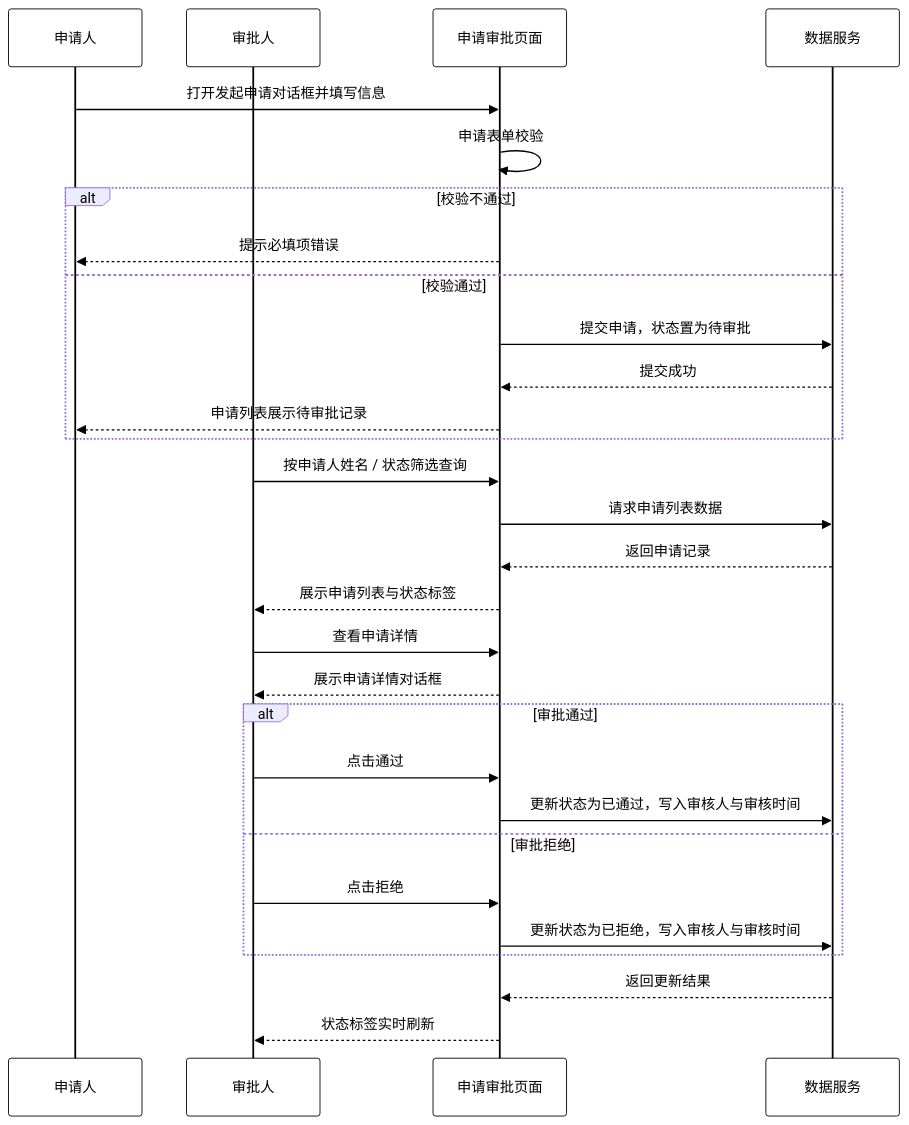
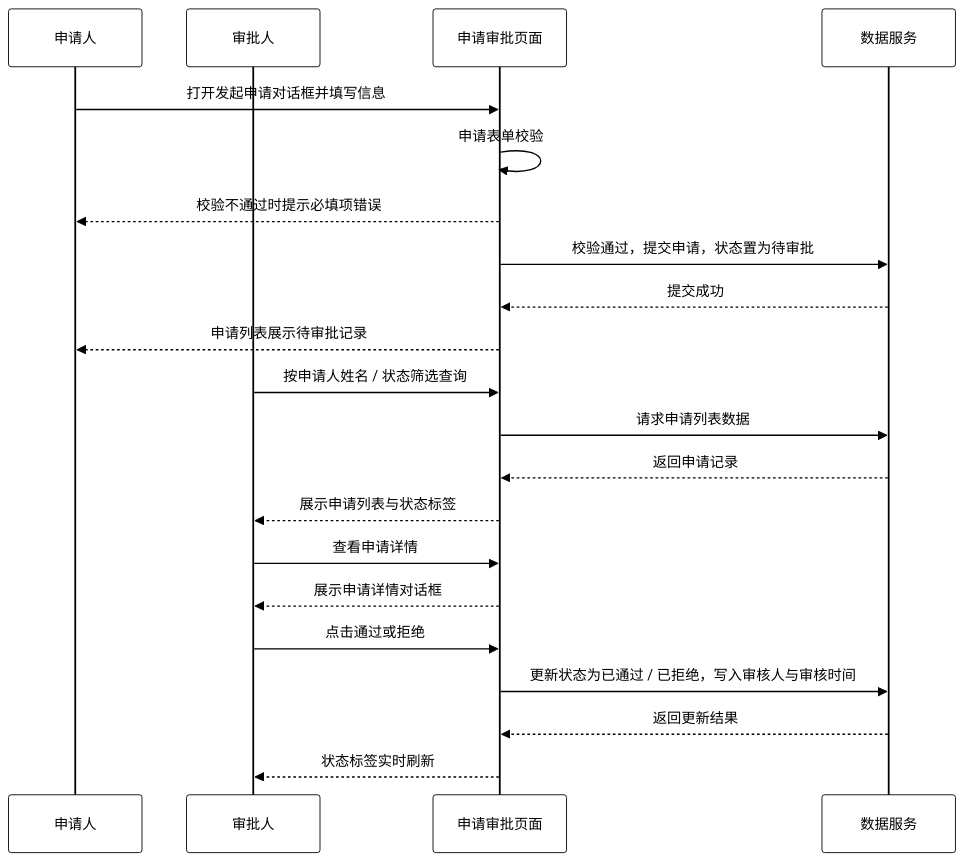
Before and after one commit to carl-Tu/campus-management: diagram 16 of 24 in docs/功能需求分析与用例图.md, drawn with Mermaid. The commit also changed other lines of this file, not shown here.

Commit message:
perfect：时序图

````diff
--- a/docs/功能需求分析与用例图.md
+++ b/docs/功能需求分析与用例图.md
@@ -570,35 +558,27 @@
 ```mermaid
 sequenceDiagram
   %%{init: {"themeVariables": {"actorBkg": "#ffffff", "actorBorder": "#000000", "actorTextColor": "#000000", "actorLineColor": "#000000", "signalColor": "#000000", "signalTextColor": "#000000", "noteBkgColor": "#ffffff", "noteBorderColor": "#000000"}}}%%
   participant AP as 申请人
   participant AU as 审批人
   participant P as 申请审批页面
   participant D as 数据服务
 
   AP->>P: 打开发起申请对话框并填写信息
   P->>P: 申请表单校验
-  alt 校验不通过
-    P-->>AP: 提示必填项错误
-  else 校验通过
-    P->>D: 提交申请，状态置为待审批
-    D-->>P: 提交成功
-    P-->>AP: 申请列表展示待审批记录
-  end
+  P-->>AP: 校验不通过时提示必填项错误
+  P->>D: 校验通过，提交申请，状态置为待审批
+  D-->>P: 提交成功
+  P-->>AP: 申请列表展示待审批记录
 
   AU->>P: 按申请人姓名 / 状态筛选查询
   P->>D: 请求申请列表数据
   D-->>P: 返回申请记录
   P-->>AU: 展示申请列表与状态标签
   AU->>P: 查看申请详情
   P-->>AU: 展示申请详情对话框
 
-  alt 审批通过
-    AU->>P: 点击通过
-    P->>D: 更新状态为已通过，写入审核人与审核时间
-  else 审批拒绝
-    AU->>P: 点击拒绝
-    P->>D: 更新状态为已拒绝，写入审核人与审核时间
-  end
+  AU->>P: 点击通过或拒绝
+  P->>D: 更新状态为已通过 / 已拒绝，写入审核人与审核时间
   D-->>P: 返回更新结果
   P-->>AU: 状态标签实时刷新
 ```
````
